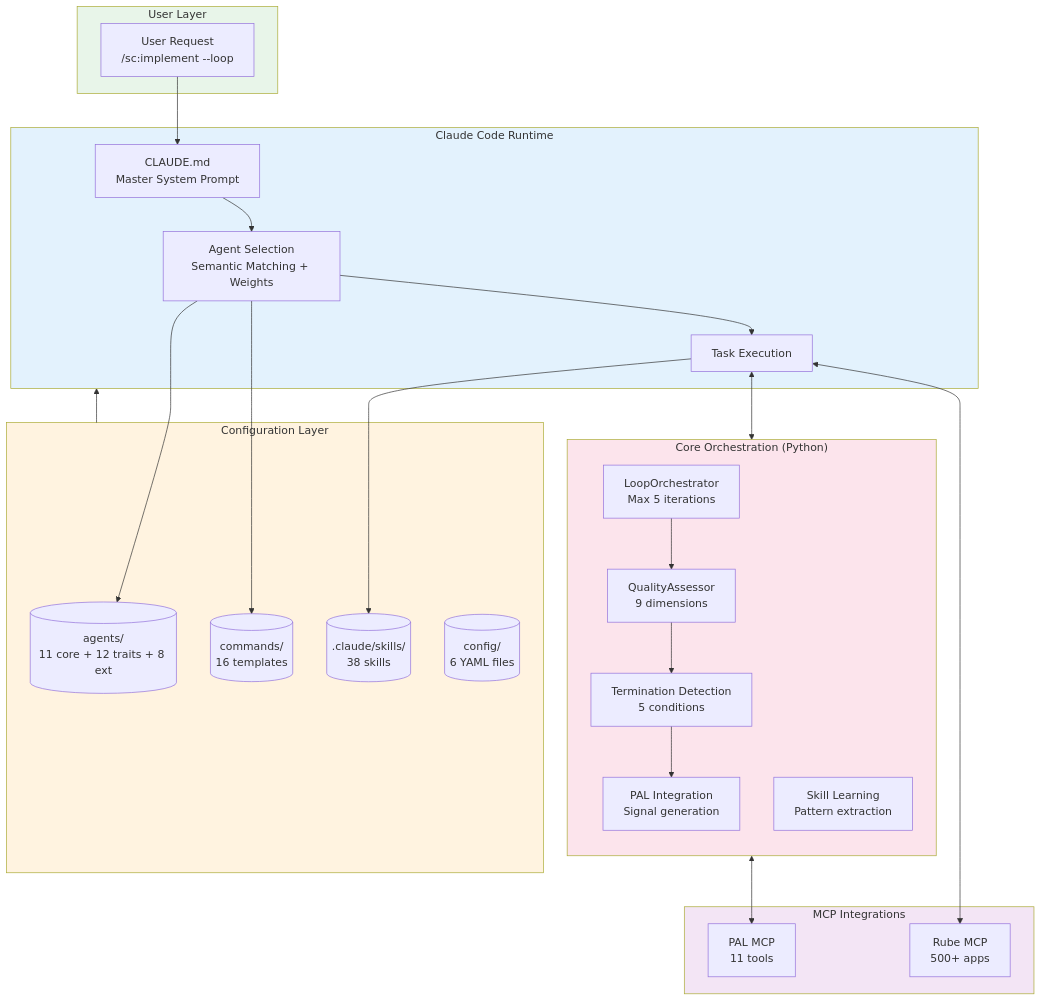
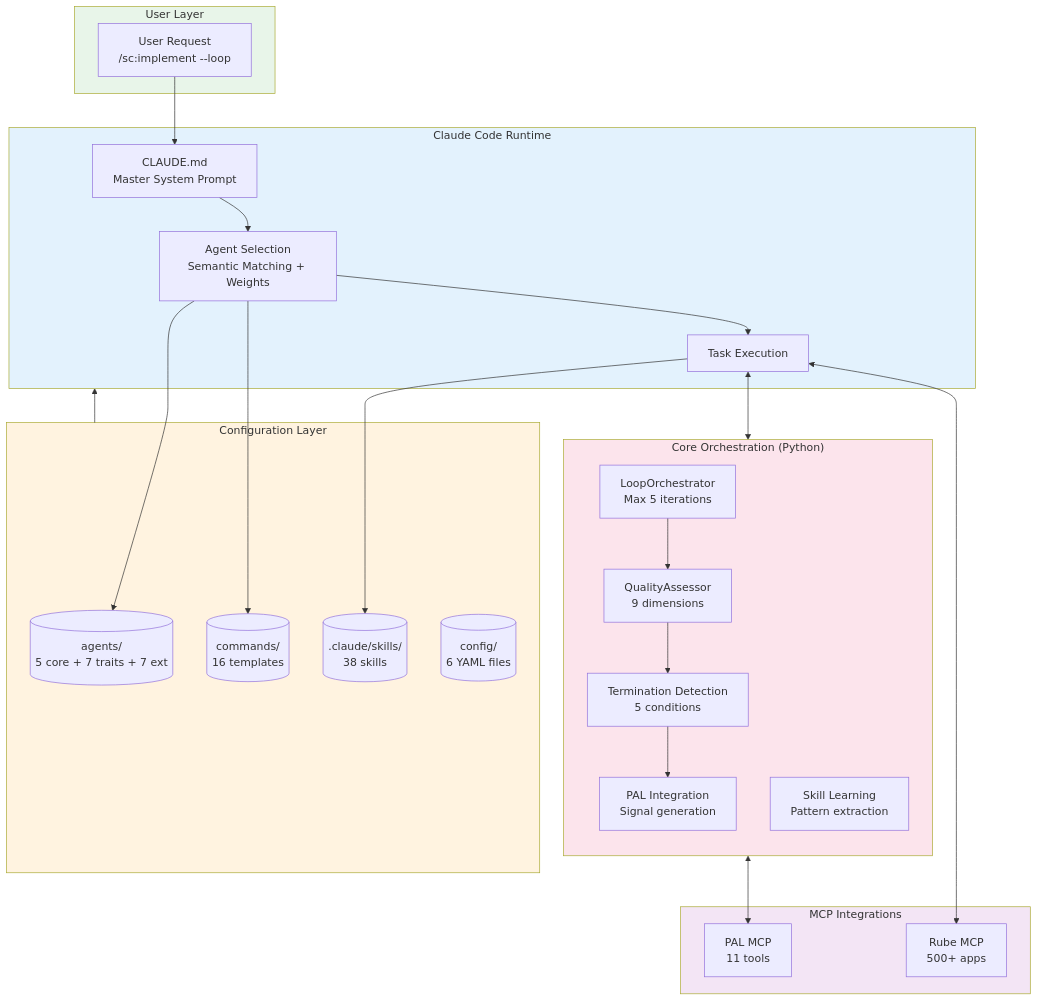
Before and after one commit to Tony363/SuperClaude: the first of 9 diagrams in README.md, drawn with Mermaid. The commit also changed other lines of this file and 28 other files, not shown here.

````diff
--- a/README.md
+++ b/README.md
@@ -139,53 +139,53 @@
 ```mermaid
 flowchart TB
     subgraph User["User Layer"]
         REQ["User Request<br/>/sc:implement --loop"]
     end
 
     subgraph Runtime["Claude Code Runtime"]
         CLAUDE["CLAUDE.md<br/>Master System Prompt"]
         SELECT["Agent Selection<br/>Semantic Matching + Weights"]
         EXEC["Task Execution"]
     end
 
     subgraph Config["Configuration Layer"]
-        AGENTS[("agents/<br/>11 core + 12 traits + 8 ext")]
+        AGENTS[("agents/<br/>5 core + 7 traits + 7 ext")]
         COMMANDS[("commands/<br/>16 templates")]
         SKILLS[(".claude/skills/<br/>38 skills")]
         YAML[("config/<br/>6 YAML files")]
     end
 
     subgraph Core["Core Orchestration (Python)"]
         direction TB
         LOOP["LoopOrchestrator<br/>Max 5 iterations"]
         QUALITY["QualityAssessor<br/>9 dimensions"]
         TERM["Termination Detection<br/>5 conditions"]
         PALINT["PAL Integration<br/>Signal generation"]
         LEARN["Skill Learning<br/>Pattern extraction"]
     end
 
     subgraph MCP["MCP Integrations"]
         PAL["PAL MCP<br/>11 tools"]
         RUBE["Rube MCP<br/>500+ apps"]
     end
 
     REQ --> CLAUDE
     CLAUDE --> SELECT
     SELECT --> AGENTS
     SELECT --> COMMANDS
     SELECT --> EXEC
     EXEC --> SKILLS
     EXEC <--> Core
     LOOP --> QUALITY
     QUALITY --> TERM
     TERM --> PALINT
     PALINT <--> PAL
     EXEC <--> RUBE
     Config --> Runtime
 
     style User fill:#e8f5e9
     style Runtime fill:#e3f2fd
     style Config fill:#fff3e0
     style Core fill:#fce4ec
     style MCP fill:#f3e5f5
 ```
````
